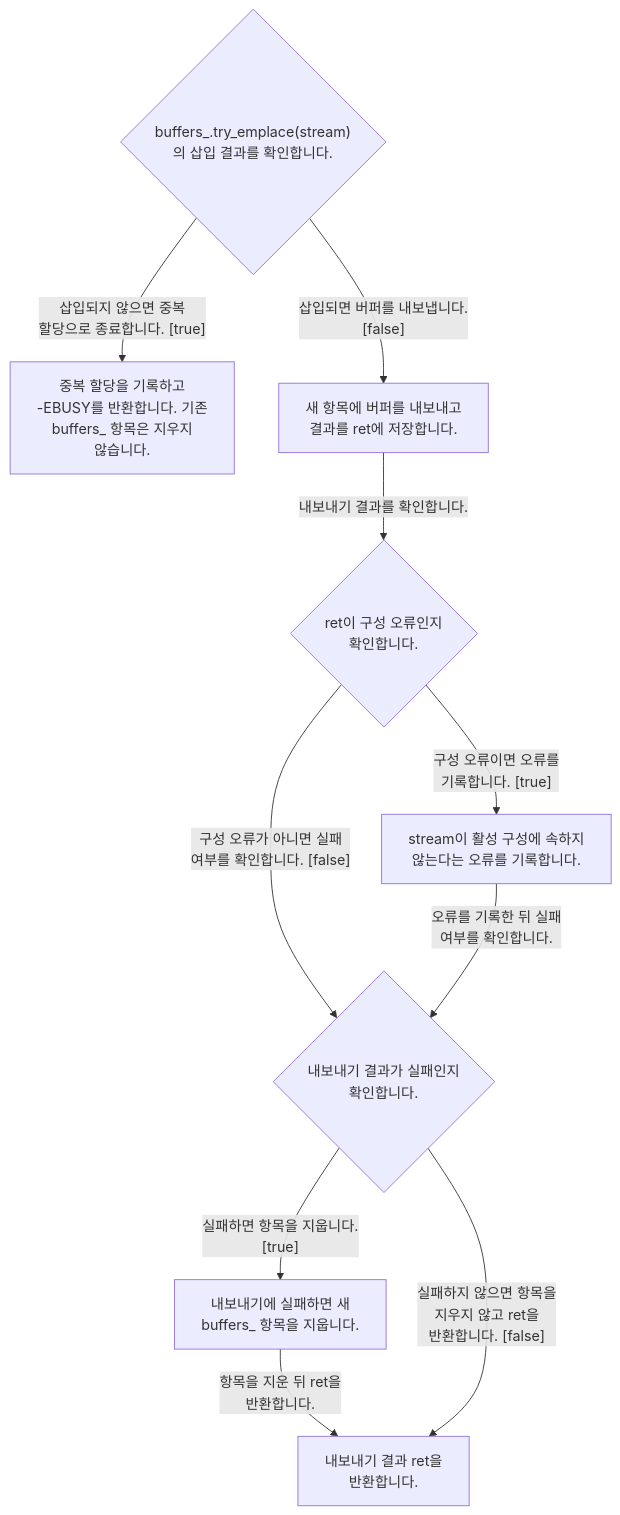
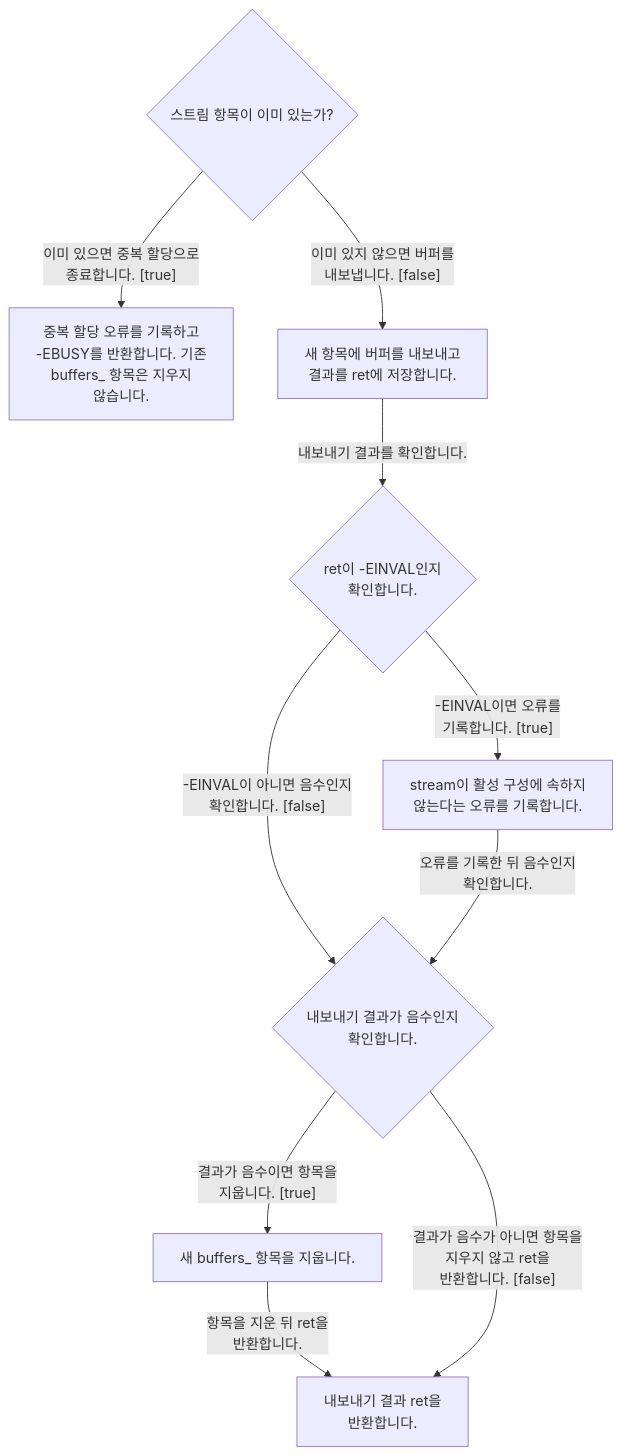
The third of 3 diagrams in docs/framebuffer-allocator.md (TTolsun/libcamera-sdd), drawn with Mermaid before and after one commit. The commit also changed other lines of this file and 125 other files, not shown here.

````diff
--- a/docs/framebuffer-allocator.md
+++ b/docs/framebuffer-allocator.md
@@ -129,21 +128,21 @@
 ```mermaid
 flowchart TB
-%% sdd:translations {"buffers#95;.try#95;emplace#40;stream#41;<br/>의 삽입 결과를 확인합니다.": "Check the insertion result <br/>of <br/>buffers#95;.try#95;emplace#40;stream#41;<br/>.", "ret이 구성 오류인지 <br/>확인합니다.": "Check ret for a <br/>configuration error.", "stream이 활성 구성에 속하지 <br/>않는다는 오류를 기록합니다.": "Log that stream is not part <br/>of the active configuration.", "구성 오류가 아니면 실패 <br/>여부를 확인합니다. #91;false#93;": "Otherwise, check for <br/>failure. #91;false#93;", "구성 오류이면 오류를 <br/>기록합니다. #91;true#93;": "If it is a configuration <br/>error, log it. #91;true#93;", "내보내기 결과 ret을 <br/>반환합니다.": "Return the export result <br/>ret.", "내보내기 결과가 실패인지 <br/>확인합니다.": "Check whether the export <br/>result indicates failure.", "내보내기 결과를 확인합니다.": "Check the export result.", "내보내기에 실패하면 새 <br/>buffers#95; 항목을 지웁니다.": "Erase the new buffers#95; <br/>entry when export fails.", "삽입되면 버퍼를 내보냅니다. <br/>#91;false#93;": "If insertion succeeds, <br/>export the buffers. #91;false#93;", "삽입되지 않으면 중복 <br/>할당으로 종료합니다. #91;true#93;": "If insertion fails, return <br/>for duplicate allocation. <br/>#91;true#93;", "새 항목에 버퍼를 내보내고 <br/>결과를 ret에 저장합니다.": "Export buffers to the new <br/>entry and save the result <br/>in ret.", "실패하면 항목을 지웁니다. <br/>#91;true#93;": "If export fails, erase the <br/>entry. #91;true#93;", "실패하지 않으면 항목을 <br/>지우지 않고 ret을 <br/>반환합니다. #91;false#93;": "Otherwise, return ret <br/>without erasing the entry. <br/>#91;false#93;", "오류를 기록한 뒤 실패 <br/>여부를 확인합니다.": "After logging, check for <br/>failure.", "중복 할당을 기록하고 <br/>-EBUSY를 반환합니다. 기존 <br/>buffers#95; 항목은 지우지 <br/>않습니다.": "Log the duplicate <br/>allocation and return <br/>-EBUSY; keep the existing <br/>buffers#95; entry.", "항목을 지운 뒤 ret을 <br/>반환합니다.": "After erasing the entry, <br/>return ret."}
-  v_insert{"buffers#95;.try#95;emplace#40;stream#41;<br/>의 삽입 결과를 확인합니다."}
-  v_busy["중복 할당을 기록하고 <br/>-EBUSY를 반환합니다. 기존 <br/>buffers#95; 항목은 지우지 <br/>않습니다."]
+%% sdd:translations {"-EINVAL이 아니면 음수인지 <br/>확인합니다. #91;false#93;": "If ret is not -EINVAL, <br/>check whether it is <br/>negative. #91;false#93;", "-EINVAL이면 오류를 <br/>기록합니다. #91;true#93;": "If ret is -EINVAL, log the <br/>error. #91;true#93;", "ret이 -EINVAL인지 <br/>확인합니다.": "Check whether ret is <br/>-EINVAL.", "stream이 활성 구성에 속하지 <br/>않는다는 오류를 기록합니다.": "Log that stream is not part <br/>of the active configuration.", "결과가 음수가 아니면 항목을 <br/>지우지 않고 ret을 <br/>반환합니다. #91;false#93;": "If the result is not <br/>negative, keep the entry <br/>and return ret. #91;false#93;", "결과가 음수이면 항목을 <br/>지웁니다. #91;true#93;": "If the result is negative, <br/>erase the entry. #91;true#93;", "내보내기 결과 ret을 <br/>반환합니다.": "Return the export result <br/>ret.", "내보내기 결과가 음수인지 <br/>확인합니다.": "Check whether the export <br/>result is negative.", "내보내기 결과를 확인합니다.": "Check the export result.", "새 buffers#95; 항목을 지웁니다.": "Erase the new buffers#95; <br/>entry.", "새 항목에 버퍼를 내보내고 <br/>결과를 ret에 저장합니다.": "Export buffers to the new <br/>entry and save the result <br/>in ret.", "스트림 항목이 이미 있는가?": "Is the stream already <br/>present?", "오류를 기록한 뒤 음수인지 <br/>확인합니다.": "After logging, check <br/>whether ret is negative.", "이미 있으면 중복 할당으로 <br/>종료합니다. #91;true#93;": "If already present, return <br/>for duplicate allocation. <br/>#91;true#93;", "이미 있지 않으면 버퍼를 <br/>내보냅니다. #91;false#93;": "If not already present, <br/>export the buffers. #91;false#93;", "중복 할당 오류를 기록하고 <br/>-EBUSY를 반환합니다. 기존 <br/>buffers#95; 항목은 지우지 <br/>않습니다.": "Log the duplicate <br/>allocation and return <br/>-EBUSY. Keep the existing <br/>buffers#95; entry.", "항목을 지운 뒤 ret을 <br/>반환합니다.": "After erasing the entry, <br/>return ret."}
+  v_insert{"스트림 항목이 이미 있는가?"}
+  v_busy["중복 할당 오류를 기록하고 <br/>-EBUSY를 반환합니다. 기존 <br/>buffers#95; 항목은 지우지 <br/>않습니다."]
   v_export["새 항목에 버퍼를 내보내고 <br/>결과를 ret에 저장합니다."]
-  v_invalid{"ret이 구성 오류인지 <br/>확인합니다."}
+  v_invalid{"ret이 -EINVAL인지 <br/>확인합니다."}
   v_log["stream이 활성 구성에 속하지 <br/>않는다는 오류를 기록합니다."]
-  v_failure{"내보내기 결과가 실패인지 <br/>확인합니다."}
-  v_erase["내보내기에 실패하면 새 <br/>buffers#95; 항목을 지웁니다."]
+  v_failure{"내보내기 결과가 음수인지 <br/>확인합니다."}
+  v_erase["새 buffers#95; 항목을 지웁니다."]
   v_result["내보내기 결과 ret을 <br/>반환합니다."]
-  v_insert -->|"삽입되지 않으면 중복 <br/>할당으로 종료합니다. #91;true#93;"| v_busy
-  v_insert -->|"삽입되면 버퍼를 내보냅니다. <br/>#91;false#93;"| v_export
+  v_insert -->|"이미 있으면 중복 할당으로 <br/>종료합니다. #91;true#93;"| v_busy
+  v_insert -->|"이미 있지 않으면 버퍼를 <br/>내보냅니다. #91;false#93;"| v_export
   v_export -->|"내보내기 결과를 확인합니다."| v_invalid
-  v_invalid -->|"구성 오류이면 오류를 <br/>기록합니다. #91;true#93;"| v_log
-  v_invalid -->|"구성 오류가 아니면 실패 <br/>여부를 확인합니다. #91;false#93;"| v_failure
-  v_log -->|"오류를 기록한 뒤 실패 <br/>여부를 확인합니다."| v_failure
-  v_failure -->|"실패하면 항목을 지웁니다. <br/>#91;true#93;"| v_erase
+  v_invalid -->|"-EINVAL이면 오류를 <br/>기록합니다. #91;true#93;"| v_log
+  v_invalid -->|"-EINVAL이 아니면 음수인지 <br/>확인합니다. #91;false#93;"| v_failure
+  v_log -->|"오류를 기록한 뒤 음수인지 <br/>확인합니다."| v_failure
+  v_failure -->|"결과가 음수이면 항목을 <br/>지웁니다. #91;true#93;"| v_erase
   v_erase -->|"항목을 지운 뒤 ret을 <br/>반환합니다."| v_result
-  v_failure -->|"실패하지 않으면 항목을 <br/>지우지 않고 ret을 <br/>반환합니다. #91;false#93;"| v_result
+  v_failure -->|"결과가 음수가 아니면 항목을 <br/>지우지 않고 ret을 <br/>반환합니다. #91;false#93;"| v_result
 ```
````
